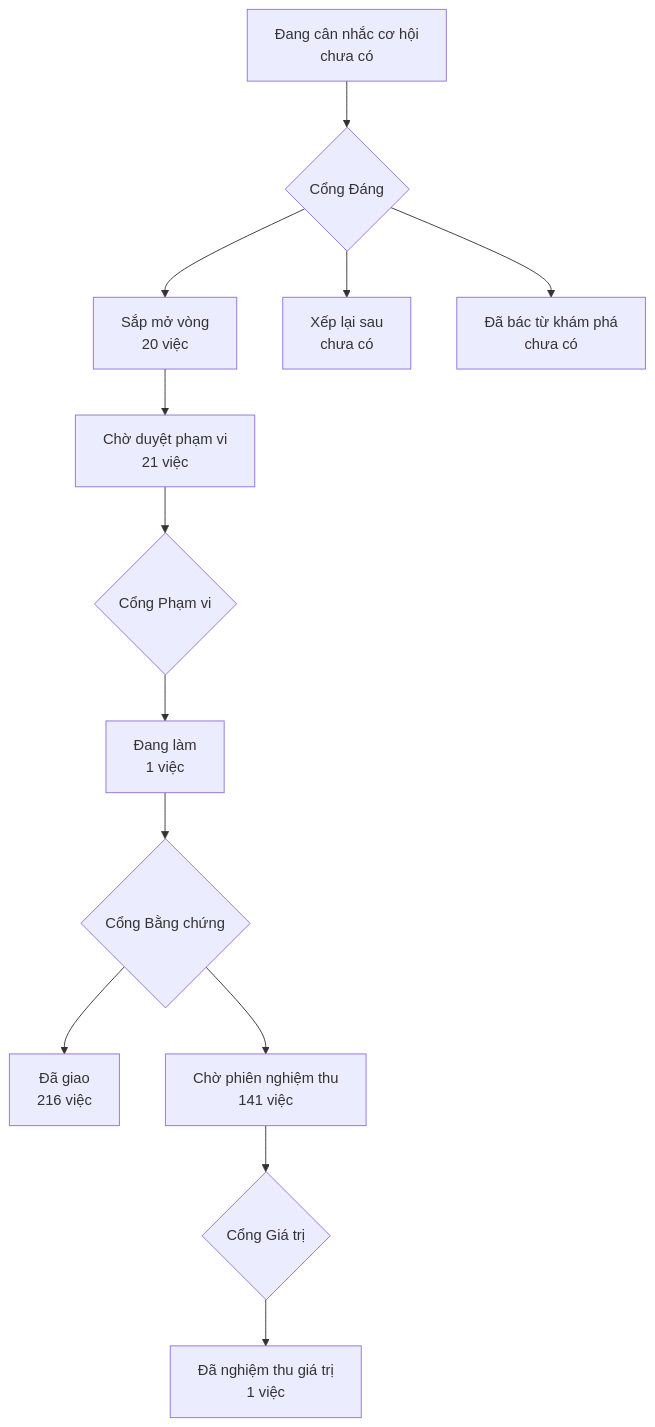
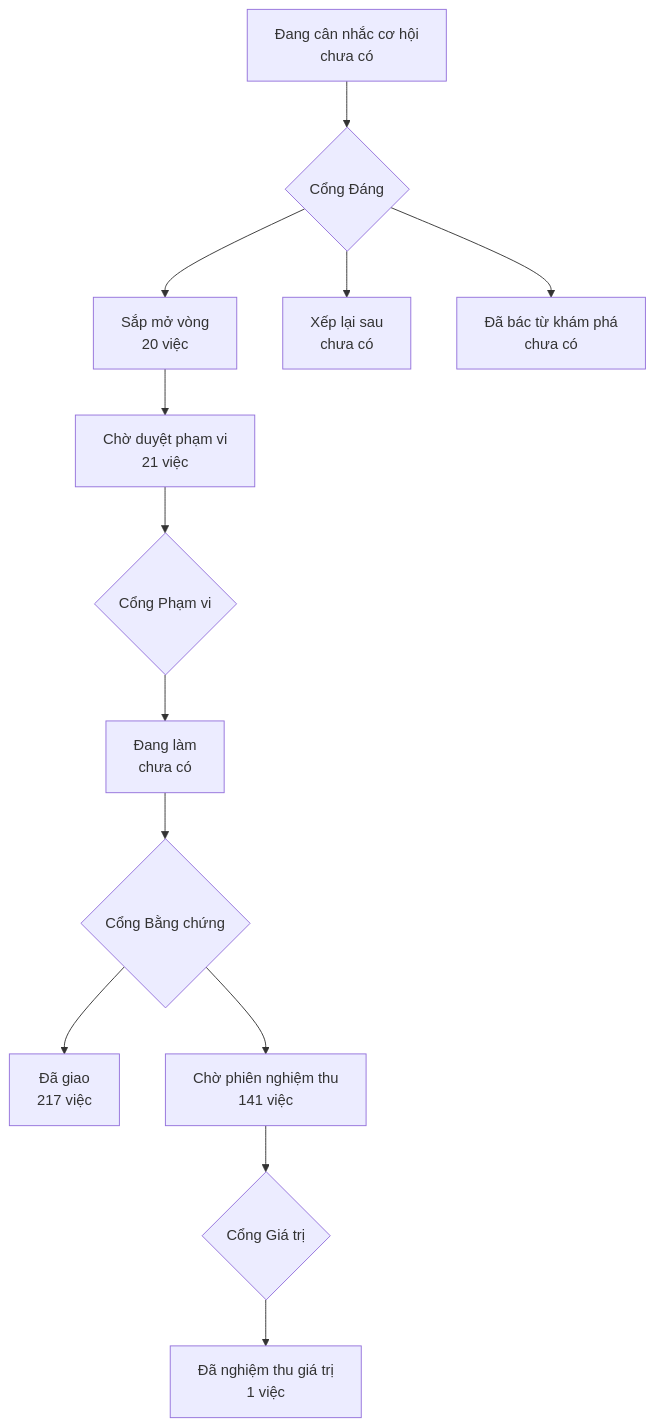
One commit to phanlemanh/onehub-invest changed the diagram in PRODUCT-MAP.md. Above: the diagram before and after it, drawn with Mermaid. The commit also changed other lines of this file and 8 other files, not shown here.

````diff
--- a/PRODUCT-MAP.md
+++ b/PRODUCT-MAP.md
@@ -7,12 +7,12 @@
 ```mermaid
 flowchart TD
   A["Đang cân nhắc cơ hội<br/>chưa có"] --> GD{"Cổng Đáng"}
   GD --> B["Sắp mở vòng<br/>20 việc"]
   GD --> XL["Xếp lại sau<br/>chưa có"]
   GD --> DB["Đã bác từ khám phá<br/>chưa có"]
   B --> CD["Chờ duyệt phạm vi<br/>21 việc"] --> GP{"Cổng Phạm vi"}
-  GP --> DL["Đang làm<br/>1 việc"] --> GB{"Cổng Bằng chứng"}
-  GB --> DG["Đã giao<br/>216 việc"]
+  GP --> DL["Đang làm<br/>chưa có"] --> GB{"Cổng Bằng chứng"}
+  GB --> DG["Đã giao<br/>217 việc"]
   GB --> CN["Chờ phiên nghiệm thu<br/>141 việc"] --> GG{"Cổng Giá trị"}
   GG --> NT["Đã nghiệm thu giá trị<br/>1 việc"]
 ```
````
